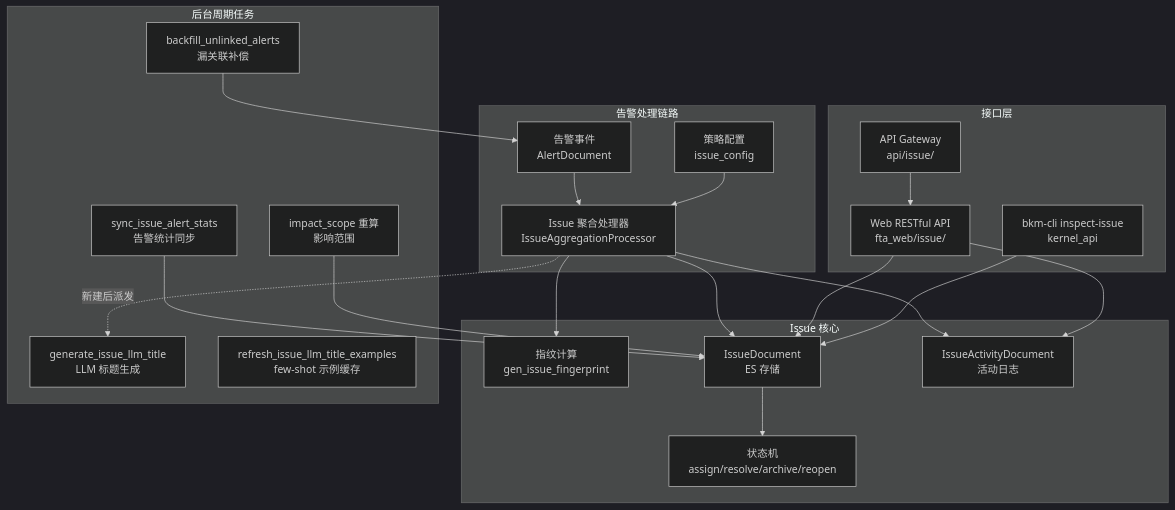
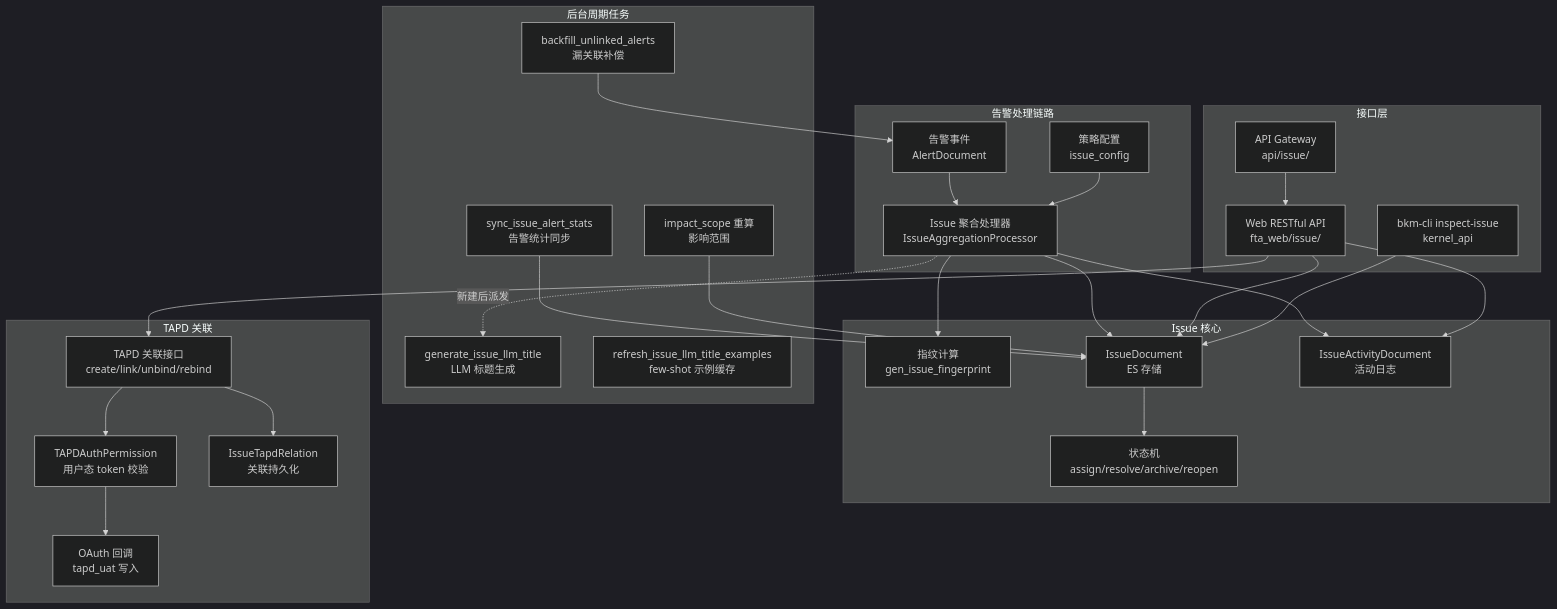
One commit to HACK-WU/bk-monitor-wiki changed the first of 2 diagrams in wiki/告警系统设计/Issue功能/Issue 系统设计总览.md. Above: the diagram before and after it, drawn with Mermaid (dark theme). The commit also changed other lines of this file and 70 other files, not shown here.

````diff
--- a/wiki/告警系统设计/Issue功能/Issue 系统设计总览.md
+++ b/wiki/告警系统设计/Issue功能/Issue 系统设计总览.md
@@ -42,44 +45,55 @@
 ```mermaid
 graph TB
     subgraph "告警处理链路"
         Alert["告警事件<br/>AlertDocument"]
         Strategy["策略配置<br/>issue_config"]
         Processor["Issue 聚合处理器<br/>IssueAggregationProcessor"]
     end
 
     subgraph "Issue 核心"
         Fingerprint["指纹计算<br/>gen_issue_fingerprint"]
         IssueDoc["IssueDocument<br/>ES 存储"]
         ActivityDoc["IssueActivityDocument<br/>活动日志"]
         StateMachine["状态机<br/>assign/resolve/archive/reopen"]
     end
 
     subgraph "后台周期任务"
         SyncTask["sync_issue_alert_stats<br/>告警统计同步"]
         BackfillTask["backfill_unlinked_alerts<br/>漏关联补偿"]
         ImpactScope["impact_scope 重算<br/>影响范围"]
         LLMTitle["generate_issue_llm_title<br/>LLM 标题生成"]
         LLMRefresh["refresh_issue_llm_title_examples<br/>few-shot 示例缓存"]
     end
 
     subgraph "接口层"
         WebAPI["Web RESTful API<br/>fta_web/issue/"]
         RPCAPI["bkm-cli inspect-issue<br/>kernel_api"]
         GWAPI["API Gateway<br/>api/issue/"]
     end
 
     Alert --> Processor
     Strategy --> Processor
     Processor --> Fingerprint
     Processor --> IssueDoc
     Processor --> ActivityDoc
     Processor -.->|新建后派发| LLMTitle
     IssueDoc --> StateMachine
     SyncTask --> IssueDoc
     BackfillTask --> Alert
     ImpactScope --> IssueDoc
     WebAPI --> IssueDoc
     WebAPI --> ActivityDoc
     RPCAPI --> IssueDoc
     GWAPI --> WebAPI
+
+    subgraph "TAPD 关联"
+        TapdAPI["TAPD 关联接口<br/>create/link/unbind/rebind"]
+        TapdAuth["TAPDAuthPermission<br/>用户态 token 校验"]
+        TapdOAuth["OAuth 回调<br/>tapd_uat 写入"]
+        TapdRel["IssueTapdRelation<br/>关联持久化"]
+    end
+    WebAPI --> TapdAPI
+    TapdAPI --> TapdAuth
+    TapdAuth --> TapdOAuth
+    TapdAPI --> TapdRel
 ```
````
